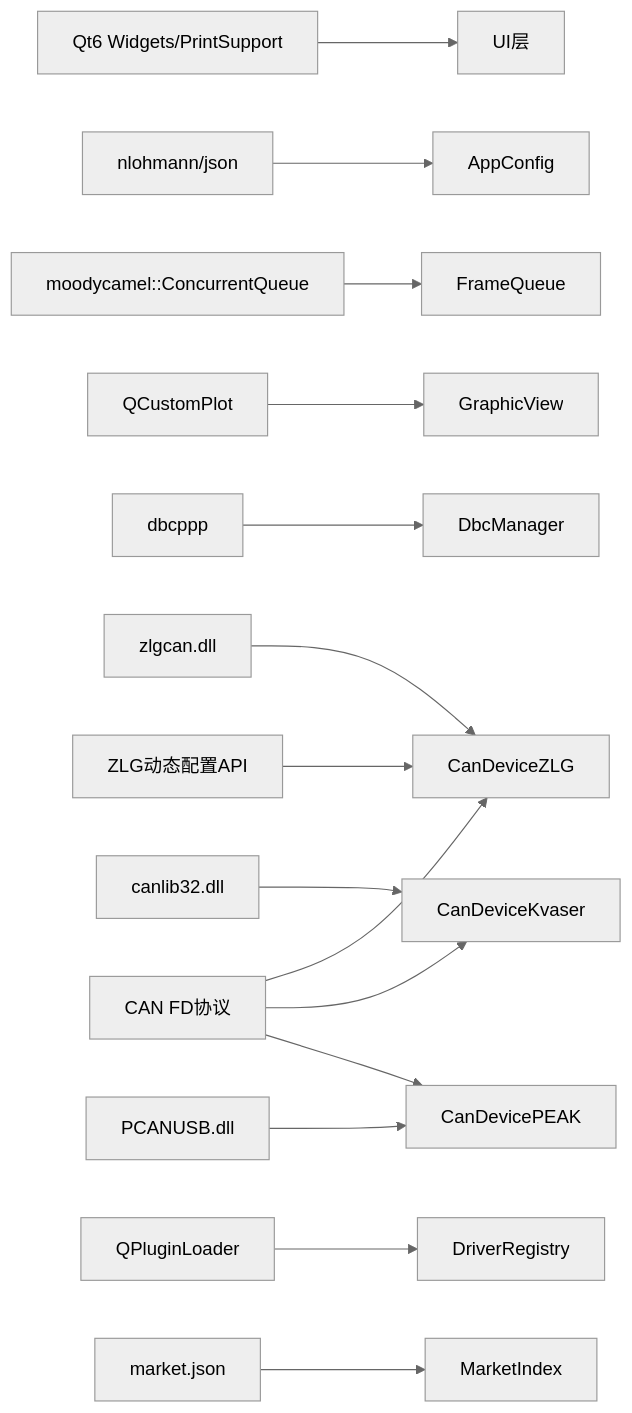
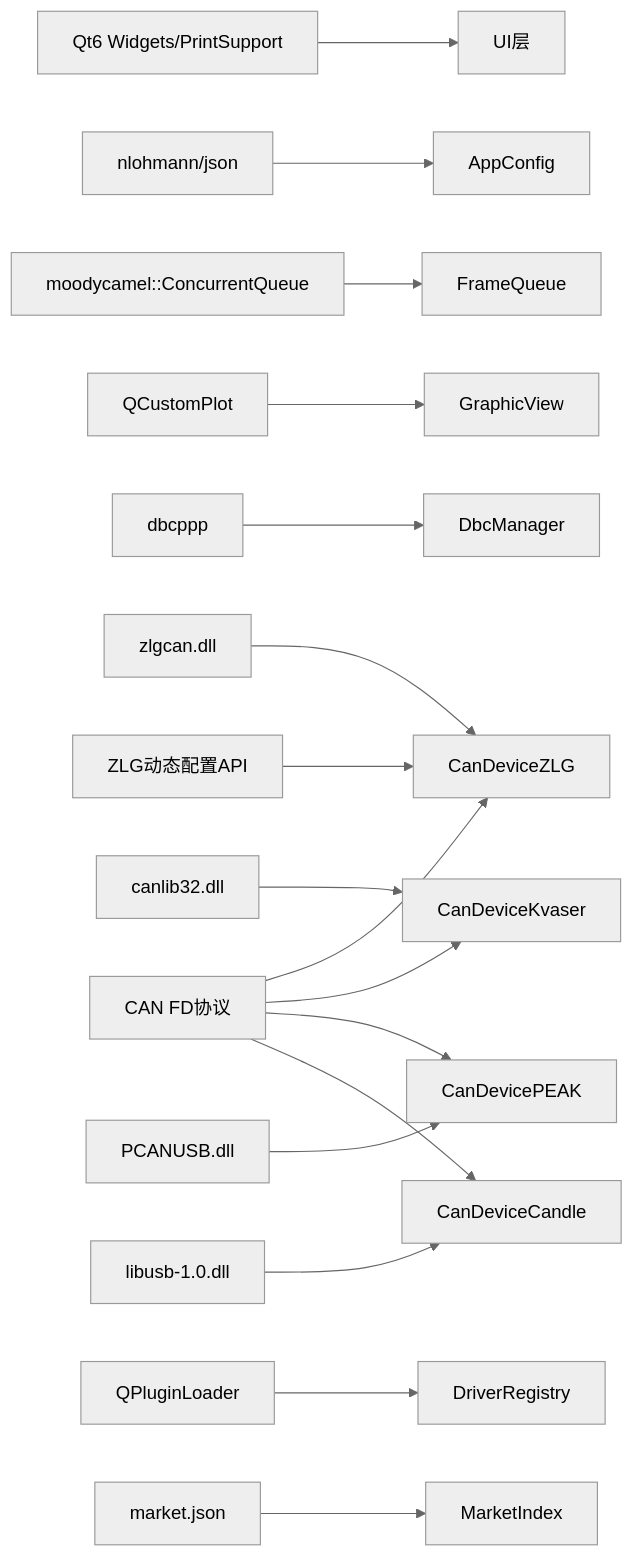
One commit to jakecai1225-design/OpenBus changed the seventh of 7 diagrams in .qoder/repowiki/zh/content/核心模块详解/CAN设备管理系统.md. Above: the diagram before and after it, drawn with Mermaid (neutral theme). The commit also changed other lines of this file and 95 other files, not shown here.

Commit message:
图标

````diff
--- a/.qoder/repowiki/zh/content/核心模块详解/CAN设备管理系统.md
+++ b/.qoder/repowiki/zh/content/核心模块详解/CAN设备管理系统.md
@@ -495,17 +583,19 @@
 ```mermaid
 graph LR
 Qt["Qt6 Widgets/PrintSupport"] --> UI["UI层"]
 JSON["nlohmann/json"] --> CFG["AppConfig"]
 MQ["moodycamel::ConcurrentQueue"] --> Q["FrameQueue"]
 QCP["QCustomPlot"] --> GV["GraphicView"]
 DBCPP["dbcppp"] --> DM["DbcManager"]
 ZLG["zlgcan.dll"] --> ZLGDRV["CanDeviceZLG"]
 KVASER["canlib32.dll"] --> KVASERDRV["CanDeviceKvaser"]
 PEAK["PCANUSB.dll"] --> PEAKDRV["CanDevicePEAK"]
+LIBUSB["libusb-1.0.dll"] --> CANDLEDRV["CanDeviceCandle"]
 PLUGIN["QPluginLoader"] --> DRIVERREG["DriverRegistry"]
 MARKET["market.json"] --> MARKETIDX["MarketIndex"]
 CFD["CAN FD协议"] --> ZLGDRV
 CFD --> KVASERDRV
 CFD --> PEAKDRV
+CFD --> CANDLEDRV
 ZCFG["ZLG动态配置API"] --> ZLGDRV
 ```
````
